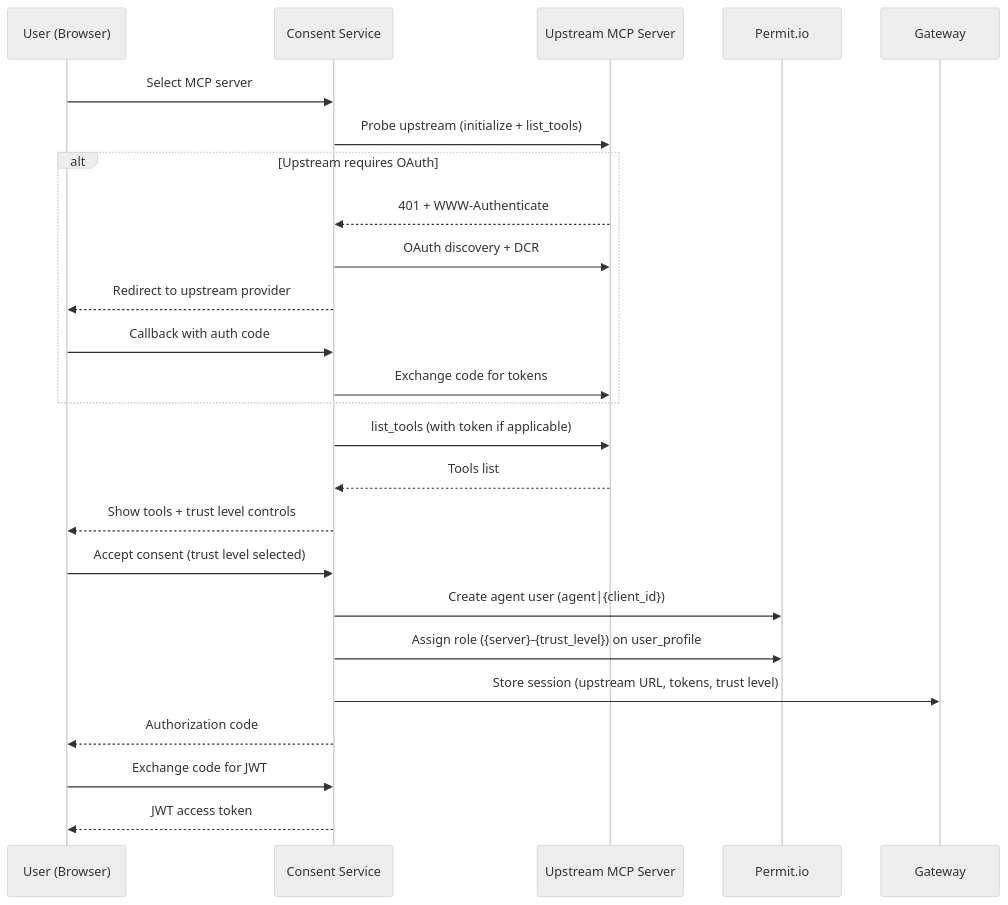
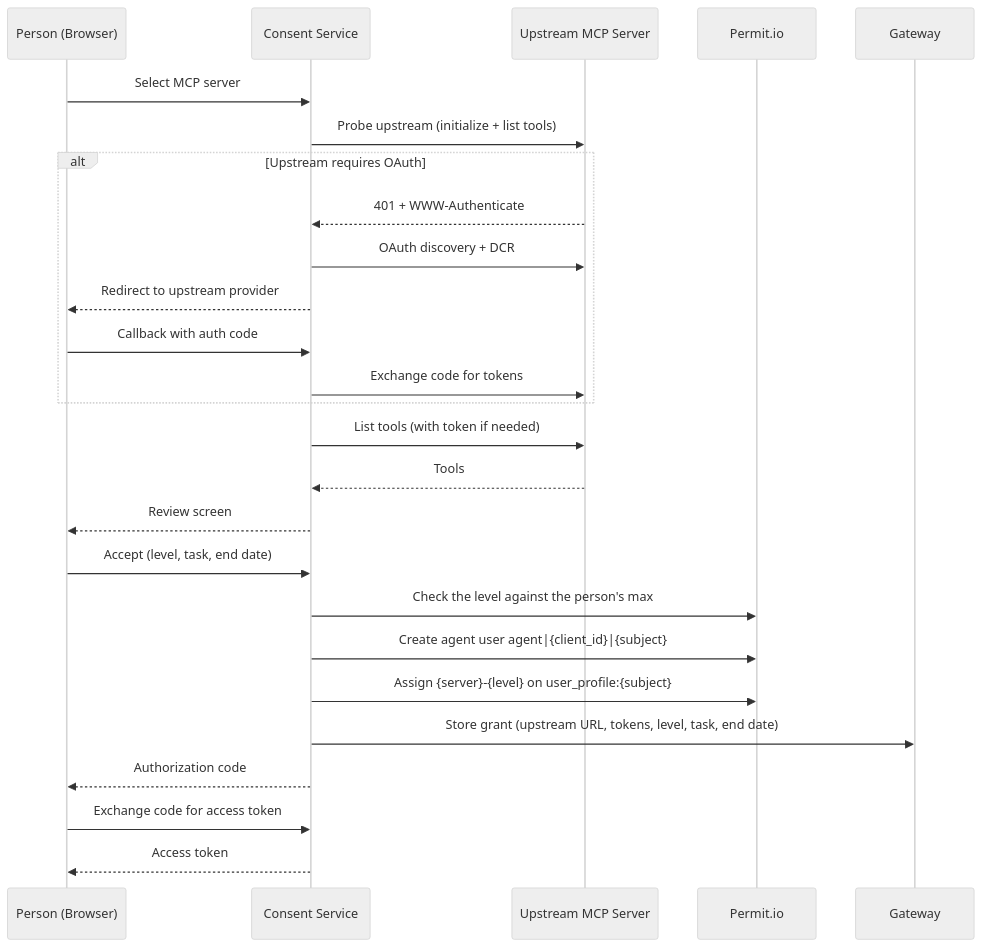
One commit to permitio/docs changed the diagram in docs/permit-mcp-gateway/consent-service.mdx. Above: the diagram before and after it, drawn with Mermaid (neutral theme). The commit also changed other lines of this file and 126 other files, not shown here.

First line of the commit message:
PER-19035: docs(mcp-gateway): refresh the Permit MCP Gateway docs and screenshots against production

````diff
--- a/docs/permit-mcp-gateway/consent-service.mdx
+++ b/docs/permit-mcp-gateway/consent-service.mdx
@@ -95,29 +272,30 @@
 ```mermaid
 sequenceDiagram
-    participant User as User (Browser)
+    participant User as Person (Browser)
     participant CS as Consent Service
     participant Up as Upstream MCP Server
     participant Permit as Permit.io
     participant GW as Gateway
 
     User->>CS: Select MCP server
-    CS->>Up: Probe upstream (initialize + list_tools)
+    CS->>Up: Probe upstream (initialize + list tools)
     alt Upstream requires OAuth
         Up-->>CS: 401 + WWW-Authenticate
         CS->>Up: OAuth discovery + DCR
         CS-->>User: Redirect to upstream provider
         User->>CS: Callback with auth code
         CS->>Up: Exchange code for tokens
     end
-    CS->>Up: list_tools (with token if applicable)
-    Up-->>CS: Tools list
-    CS-->>User: Show tools + trust level controls
+    CS->>Up: List tools (with token if needed)
+    Up-->>CS: Tools
+    CS-->>User: Review screen
 
-    User->>CS: Accept consent (trust level selected)
-    CS->>Permit: Create agent user (agent|{client_id})
-    CS->>Permit: Assign role ({server}-{trust_level}) on user_profile
-    CS->>GW: Store session (upstream URL, tokens, trust level)
+    User->>CS: Accept (level, task, end date)
+    CS->>Permit: Check the level against the person's max
+    CS->>Permit: Create agent user agent|{client_id}|{subject}
+    CS->>Permit: Assign {server}-{level} on user_profile:{subject}
+    CS->>GW: Store grant (upstream URL, tokens, level, task, end date)
     CS-->>User: Authorization code
-    User->>CS: Exchange code for JWT
-    CS-->>User: JWT access token
+    User->>CS: Exchange code for access token
+    CS-->>User: Access token
 ```
````
